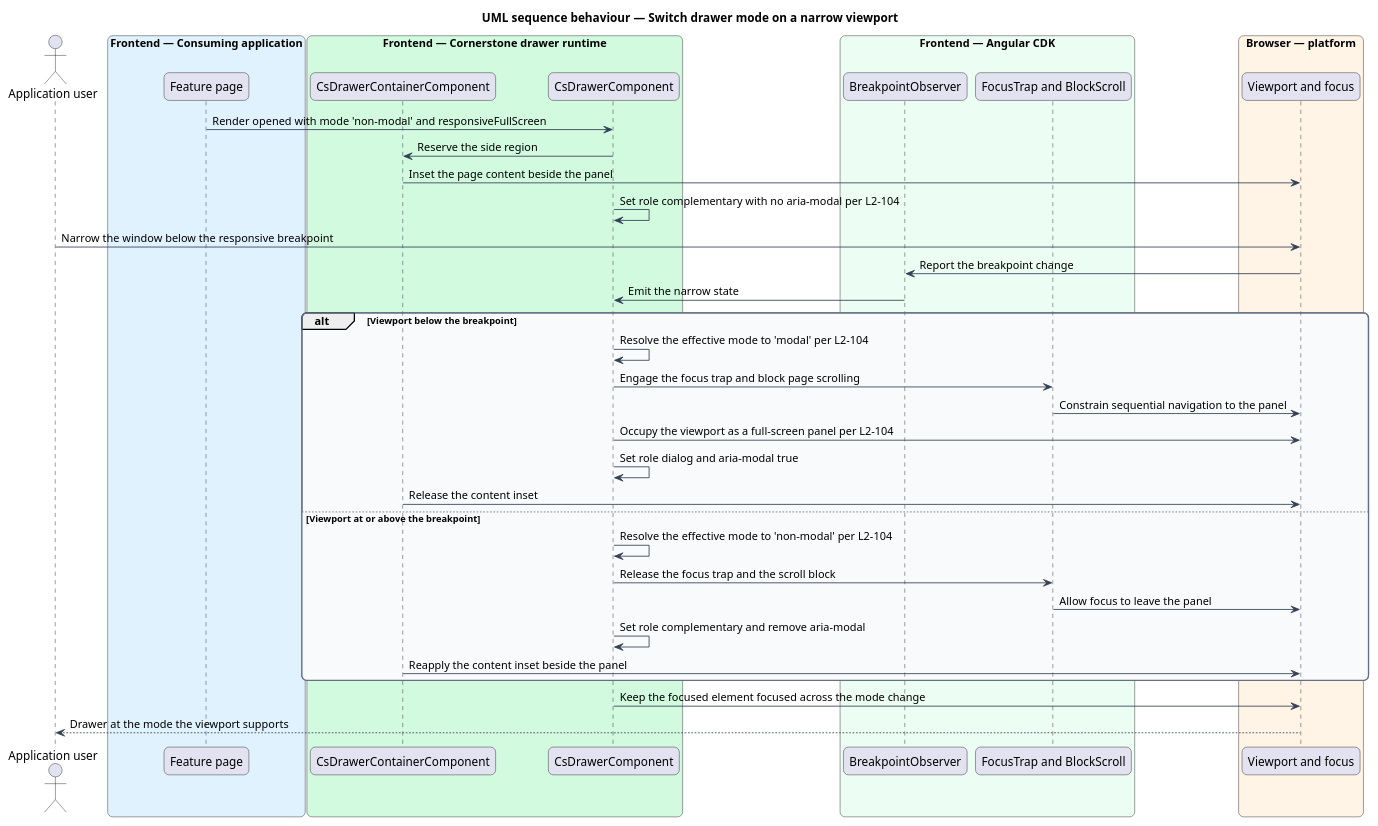
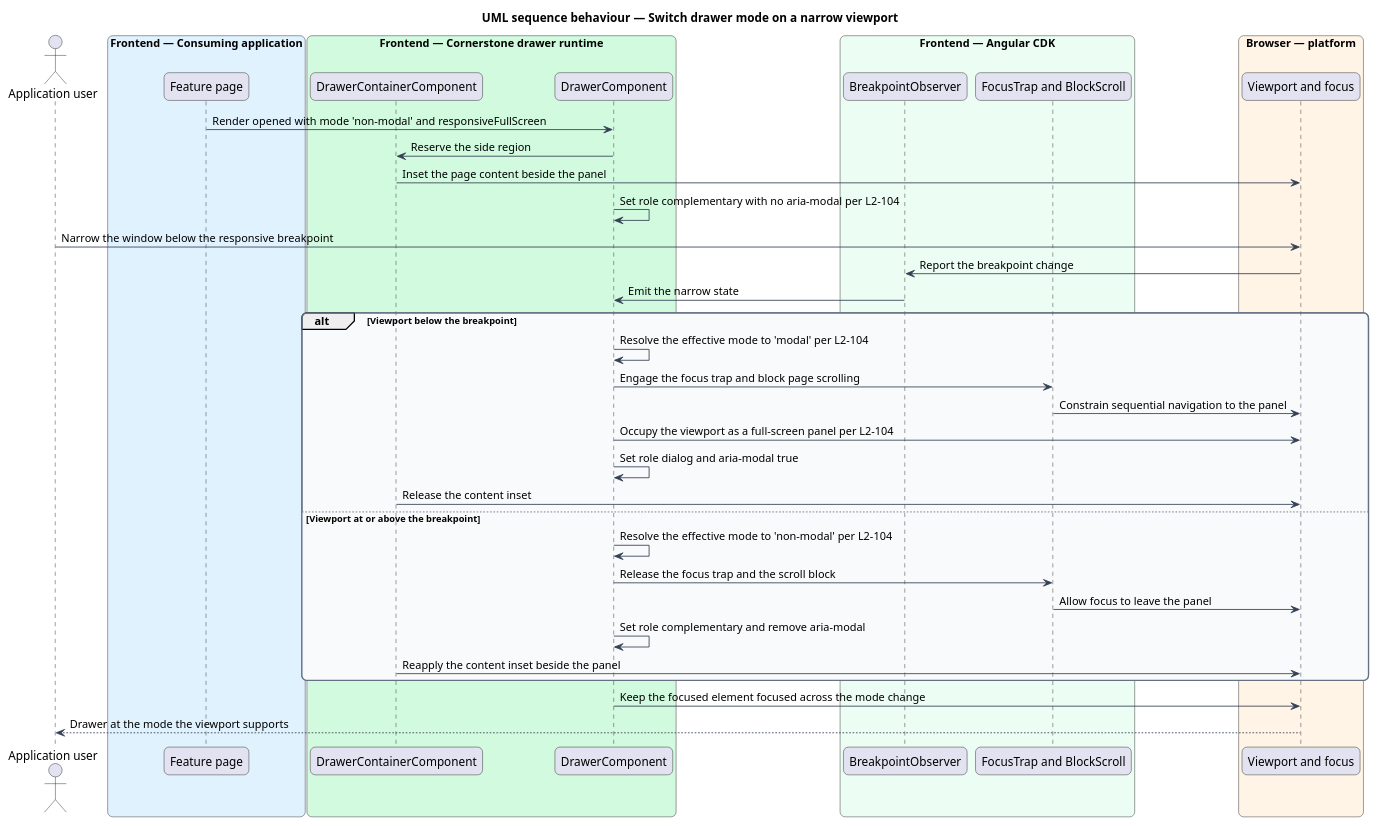
Before and after one commit to QuinntyneBrown/Cornerstone: the diagram in docs/detailed-designs/overlays/open-a-drawer/diagrams/sequence-responsive-mode-switch.puml, drawn with PlantUML. The commit also changed 1743 other files, not shown here.

```diff
--- a/docs/detailed-designs/overlays/open-a-drawer/diagrams/sequence-responsive-mode-switch.puml
+++ b/docs/detailed-designs/overlays/open-a-drawer/diagrams/sequence-responsive-mode-switch.puml
@@ -1,59 +1,59 @@
 @startuml
 title UML sequence behaviour — Switch drawer mode on a narrow viewport
 skinparam backgroundColor #FFFFFF
 skinparam shadowing false
 skinparam roundcorner 12
 skinparam defaultFontName Arial
 skinparam ArrowColor #344054
 skinparam rectangle {
   BorderColor #344054
   FontColor #101828
 }
 skinparam package {
   BorderColor #667085
   FontColor #101828
   BackgroundColor #F9FAFB
 }
 actor "Application user" as user
 box "Frontend — Consuming application" #E0F2FE
   participant "Feature page" as page
 end box
 box "Frontend — Cornerstone drawer runtime" #D1FADF
-  participant "CsDrawerContainerComponent" as container
-  participant "CsDrawerComponent" as drawer
+  participant "DrawerContainerComponent" as container
+  participant "DrawerComponent" as drawer
 end box
 box "Frontend — Angular CDK" #ECFDF3
   participant "BreakpointObserver" as bp
   participant "FocusTrap and BlockScroll" as trap
 end box
 box "Browser — platform" #FFF4E5
   participant "Viewport and focus" as browser
 end box
 
 page -> drawer : Render opened with mode 'non-modal' and responsiveFullScreen
 drawer -> container : Reserve the side region
 container -> browser : Inset the page content beside the panel
 drawer -> drawer : Set role complementary with no aria-modal per L2-104
 
 user -> browser : Narrow the window below the responsive breakpoint
 browser -> bp : Report the breakpoint change
 bp -> drawer : Emit the narrow state
 
 alt Viewport below the breakpoint
   drawer -> drawer : Resolve the effective mode to 'modal' per L2-104
   drawer -> trap : Engage the focus trap and block page scrolling
   trap -> browser : Constrain sequential navigation to the panel
   drawer -> browser : Occupy the viewport as a full-screen panel per L2-104
   drawer -> drawer : Set role dialog and aria-modal true
   container -> browser : Release the content inset
 else Viewport at or above the breakpoint
   drawer -> drawer : Resolve the effective mode to 'non-modal' per L2-104
   drawer -> trap : Release the focus trap and the scroll block
   trap -> browser : Allow focus to leave the panel
   drawer -> drawer : Set role complementary and remove aria-modal
   container -> browser : Reapply the content inset beside the panel
 end
 
 drawer -> browser : Keep the focused element focused across the mode change
 browser --> user : Drawer at the mode the viewport supports
 @enduml
```
